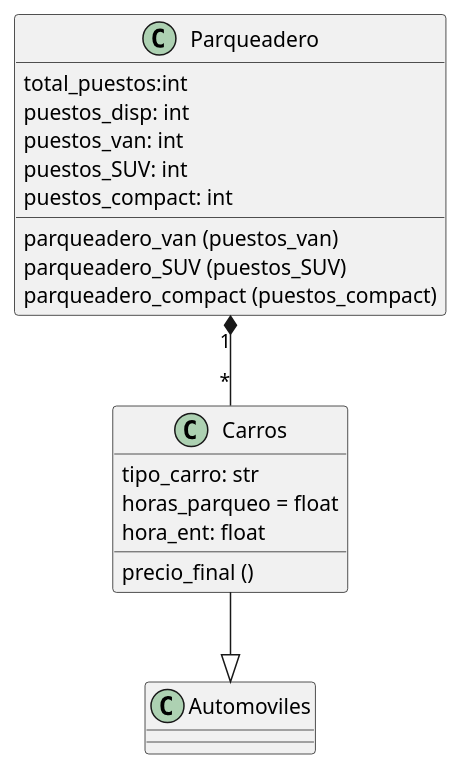
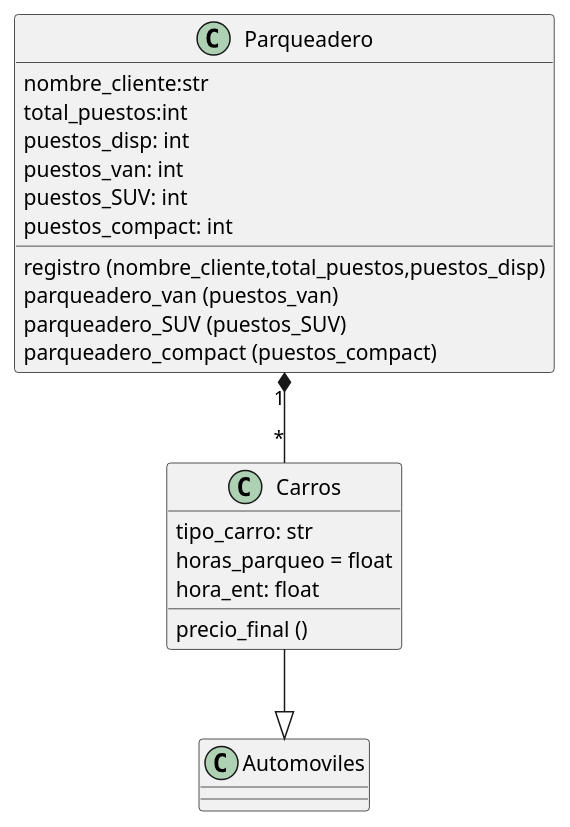
Before and after one commit to jesusdlacrz/second_parcial_OOP: the diagram in uml.puml, drawn with PlantUML. The commit also changed 2 other files, not shown here.

```diff
--- a/uml.puml
+++ b/uml.puml
@@ -1,25 +1,27 @@
 @startuml
 class Parqueadero{
+nombre_cliente:str
 total_puestos:int
 puestos_disp: int
 puestos_van: int
 puestos_SUV: int
 puestos_compact: int
+registro (nombre_cliente,total_puestos,puestos_disp)
 parqueadero_van (puestos_van)
 parqueadero_SUV (puestos_SUV)
 parqueadero_compact (puestos_compact)
 }
 class Carros{
 tipo_carro: str
 horas_parqueo = float
 hora_ent: float
 precio_final ()
 }
 Parqueadero "1"*--"*" Carros
 
 class Automoviles
 
 Carros --|> Automoviles
 
 
 @enduml
```
